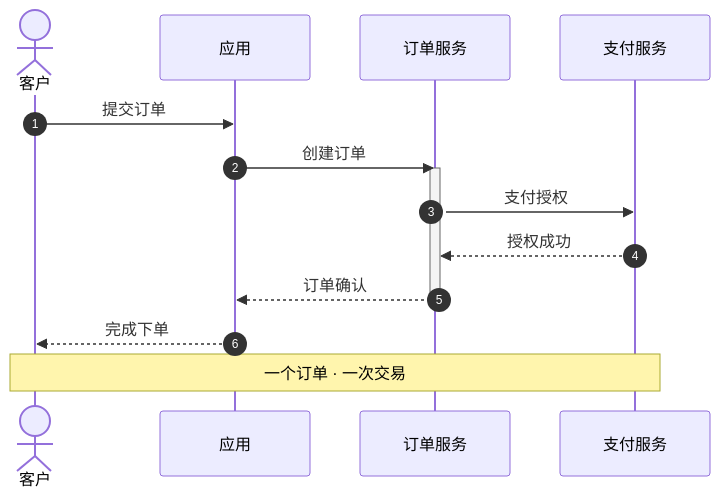
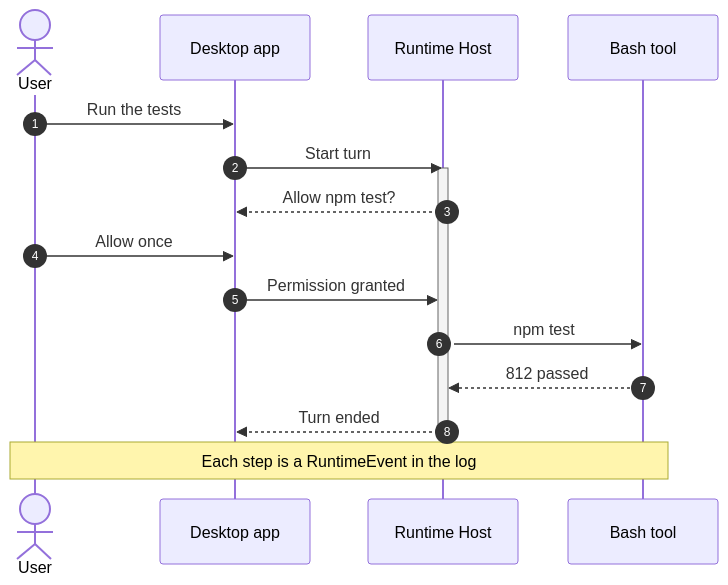
Before and after one commit to Colafornia/maka-agent: the diagram in docs/assets/issue-6257/sequence.md, drawn with Mermaid. The commit also changed other lines of this file and 17 other files, not shown here.

First line of the commit message:
docs(ui): re-capture diagram comparisons in English

````diff
--- a/docs/assets/issue-6257/sequence.md
+++ b/docs/assets/issue-6257/sequence.md
@@ -20,17 +19,19 @@
 ```mermaid
 sequenceDiagram
   autonumber
-  actor C as 客户
-  participant W as 应用
-  participant A as 订单服务
-  participant B as 支付服务
-  C->>W: 提交订单
-  W->>A: 创建订单
-  activate A
-  A->>B: 支付授权
-  B-->>A: 授权成功
-  A-->>W: 订单确认
-  deactivate A
-  W-->>C: 完成下单
-  Note over C,B: 一个订单 · 一次交易
+  actor User
+  participant App as Desktop app
+  participant Host as Runtime Host
+  participant Bash as Bash tool
+  User->>App: Run the tests
+  App->>Host: Start turn
+  activate Host
+  Host-->>App: Allow npm test?
+  User->>App: Allow once
+  App->>Host: Permission granted
+  Host->>Bash: npm test
+  Bash-->>Host: 812 passed
+  Host-->>App: Turn ended
+  deactivate Host
+  Note over User,Bash: Each step is a RuntimeEvent in the log
 ```
````
